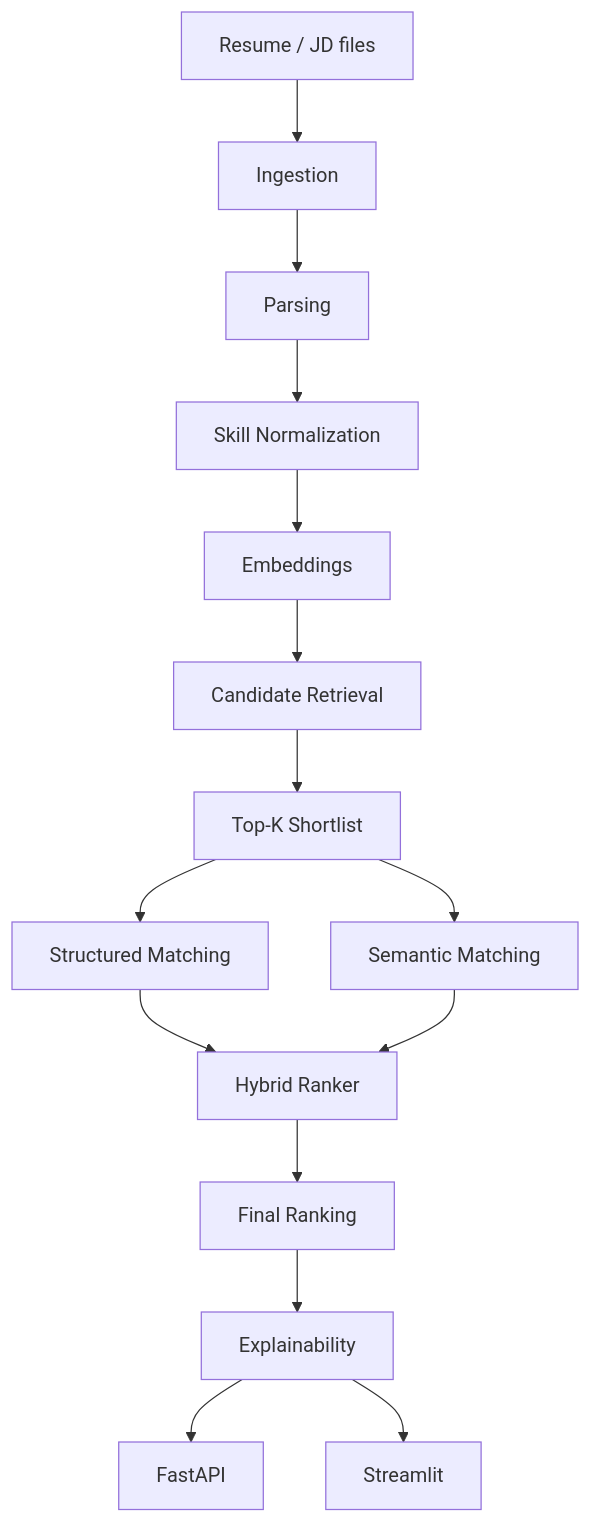
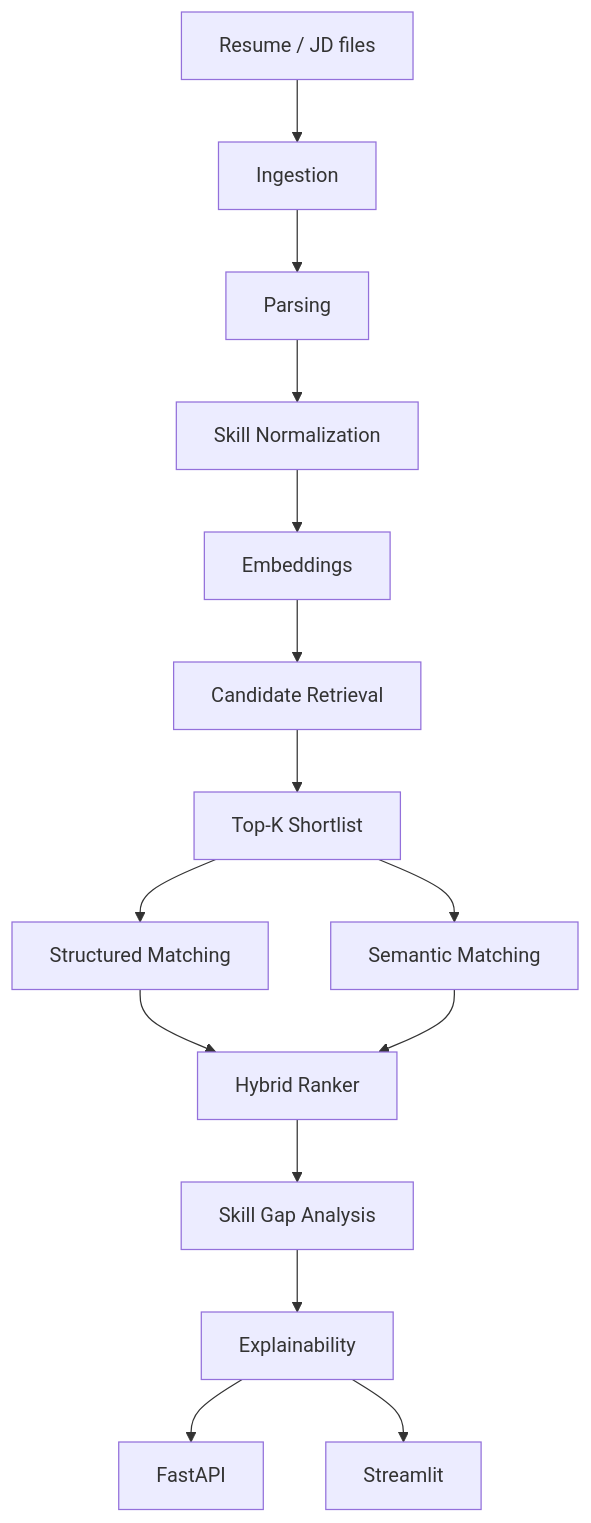
One commit to karthik2104-cr/AI-Resume-Intelligence---Explainable-Candidate-Ranking-System changed the diagram in README.md. Above: the diagram before and after it, drawn with Mermaid. The commit also changed other lines of this file and 32 other files, not shown here.

````diff
--- a/README.md
+++ b/README.md
@@ -28,17 +29,17 @@
 ```mermaid
 flowchart TD
     Files[Resume / JD files] --> Ingest[Ingestion]
     Ingest --> Parse[Parsing]
     Parse --> Norm[Skill Normalization]
     Norm --> Embed[Embeddings]
     Embed --> Retrieve[Candidate Retrieval]
     Retrieve --> TopK[Top-K Shortlist]
     TopK --> Struct[Structured Matching]
     TopK --> Sem[Semantic Matching]
     Struct --> Hybrid[Hybrid Ranker]
     Sem --> Hybrid
-    Hybrid --> Final[Final Ranking]
-    Final --> Explain[Explainability]
+    Hybrid --> Gap[Skill Gap Analysis]
+    Gap --> Explain[Explainability]
     Explain --> API[FastAPI]
     Explain --> UI[Streamlit]
 ```
````
